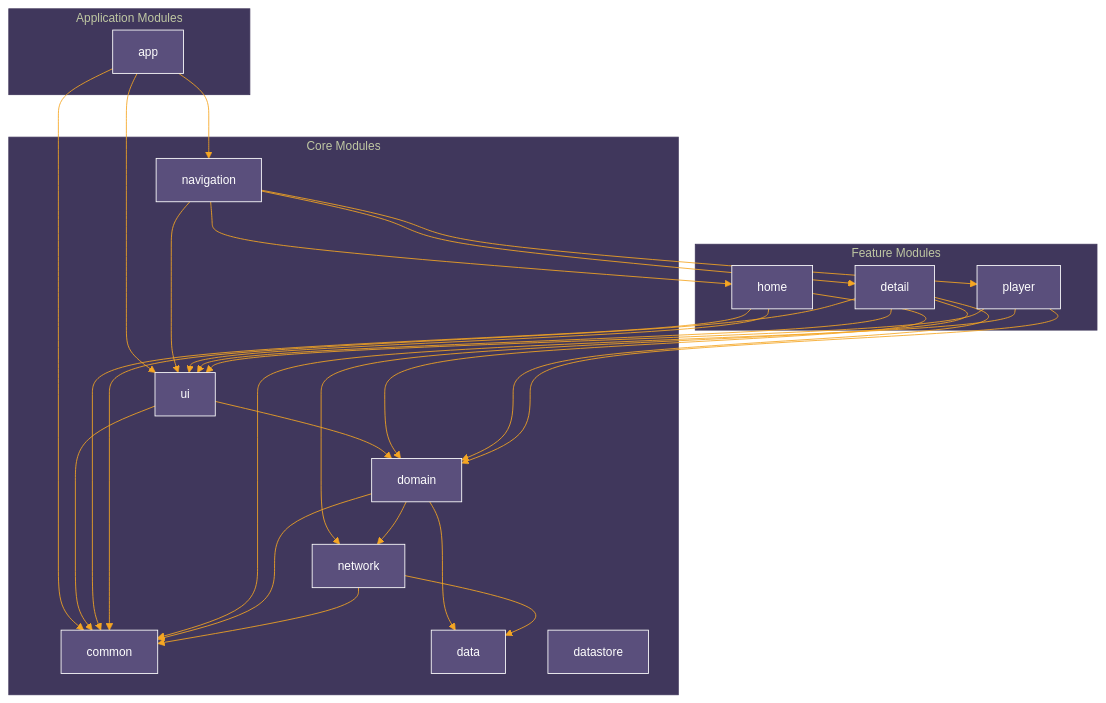
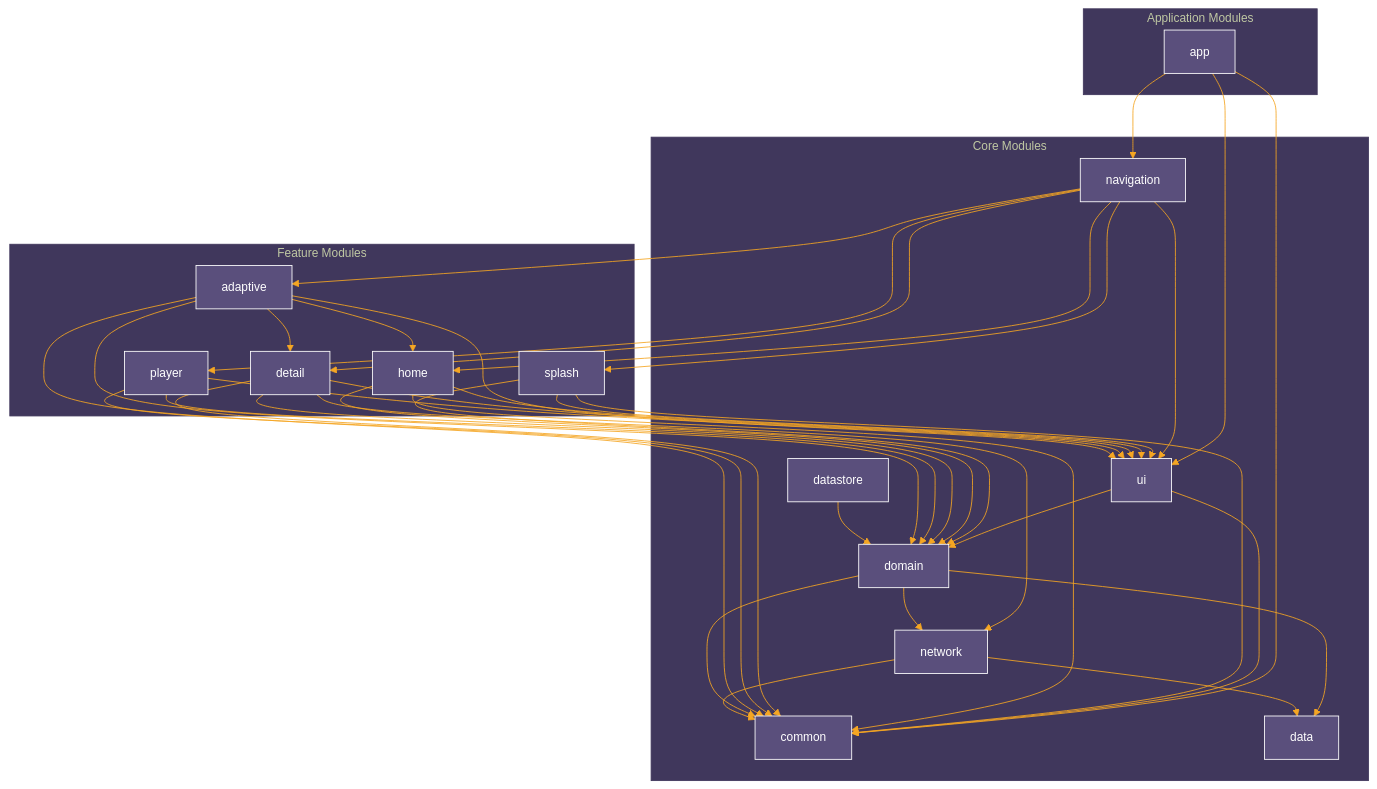
Before and after one commit to enesky/MovieCatalog: the diagram in README.md, drawn with Mermaid. The commit also changed 1 other file, not shown here.

Commit message:
add: update mermaid graph and README to include adaptive and splash modules

````diff
--- a/README.md
+++ b/README.md
@@ -59,61 +59,74 @@
 ```mermaid
 %%{
     init: {
     'theme': 'base',
     'themeVariables': {
         "primaryTextColor":"#ffffff",
         "primaryColor":"#5a4f7c",
         "primaryBorderColor":"#ffffff",
         "tertiaryBorderColor":"#40375c",
         "lineColor":"#f5a623",
         "tertiaryColor":"#40375c",
         "fontSize":"14px"
         }
     }
 }%%
 graph TD
     subgraph Application Modules
         app
     end
     subgraph Core Modules
         common
         data
         datastore
         domain
         navigation
         network
         ui
     end
     subgraph Feature Modules
+        adaptive
         detail
         home
         player
+        splash
     end
     app-->ui
     app-->common
     app-->navigation
     ui-->common
     ui-->domain
     navigation-->ui
+    navigation-->splash
     navigation-->home
     navigation-->detail
     navigation-->player
+    navigation-->adaptive
+    splash-->common
+    splash-->domain
+    splash-->ui
     home-->common
     home-->domain
     home-->ui
     detail-->ui
     detail-->domain
     detail-->common
     detail-->network
     player-->common
     player-->domain
     player-->ui
+    adaptive-->common
+    adaptive-->domain
+    adaptive-->ui
+    adaptive-->home
+    adaptive-->detail
     domain-->data
     domain-->network
     domain-->common
+    datastore-->domain
     network-->data
     network-->common
 
 %% Auto generated by ModuleDependencyGraphPlugin.kt
 
 ```
````
